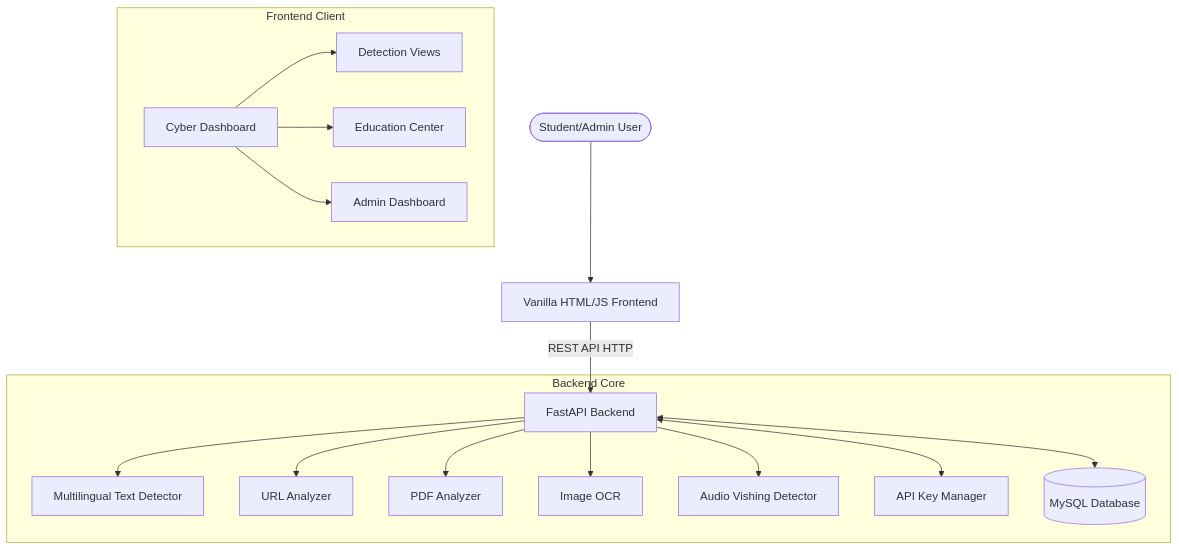
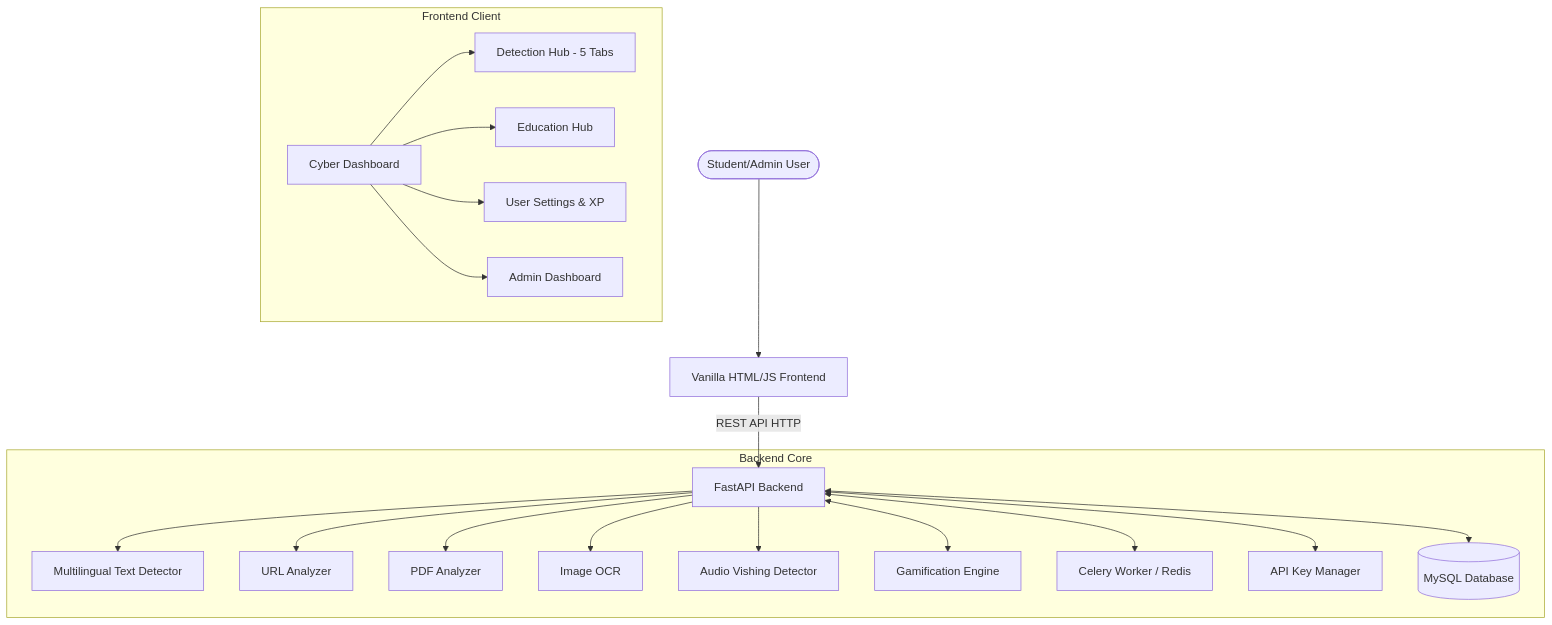
One commit to FerretyCobra/CyberShield-EDU changed the diagram in docs/architecture.md. Above: the diagram before and after it, drawn with Mermaid. The commit also changed other lines of this file and 50 other files, not shown here.

Commit message:
feat: Establish initial project structure with core frontend application, backend API, database setup, and documentation for CyberShield EDU.

````diff
--- a/docs/architecture.md
+++ b/docs/architecture.md
@@ -7,22 +7,25 @@
 ```mermaid
 graph TD
     User([Student/Admin User]) --> Frontend[Vanilla HTML/JS Frontend]
     Frontend -->|REST API HTTP| Backend[FastAPI Backend]
 
     subgraph Backend Core
         Backend --> DetectText[Multilingual Text Detector]
         Backend --> DetectURL[URL Analyzer]
         Backend --> DetectPDF[PDF Analyzer]
         Backend --> DetectImg[Image OCR]
         Backend --> DetectAudio[Audio Vishing Detector]
         
+        Backend <--> GamifService[Gamification Engine]
+        Backend <--> Worker[Celery Worker / Redis]
         Backend <--> KeyService[API Key Manager]
         Backend <--> DB[(MySQL Database)]
     end
     
     subgraph Frontend Client
-        Dashboard[Cyber Dashboard] --> DetectionUI[Detection Views]
-        Dashboard --> AwarenessUI[Education Center]
+        Dashboard[Cyber Dashboard] --> DetectionUI[Detection Hub - 5 Tabs]
+        Dashboard --> AwarenessUI[Education Hub]
+        Dashboard --> ProfileUI[User Settings & XP]
         Dashboard --> AdminUI[Admin Dashboard]
     end
 ```
````
